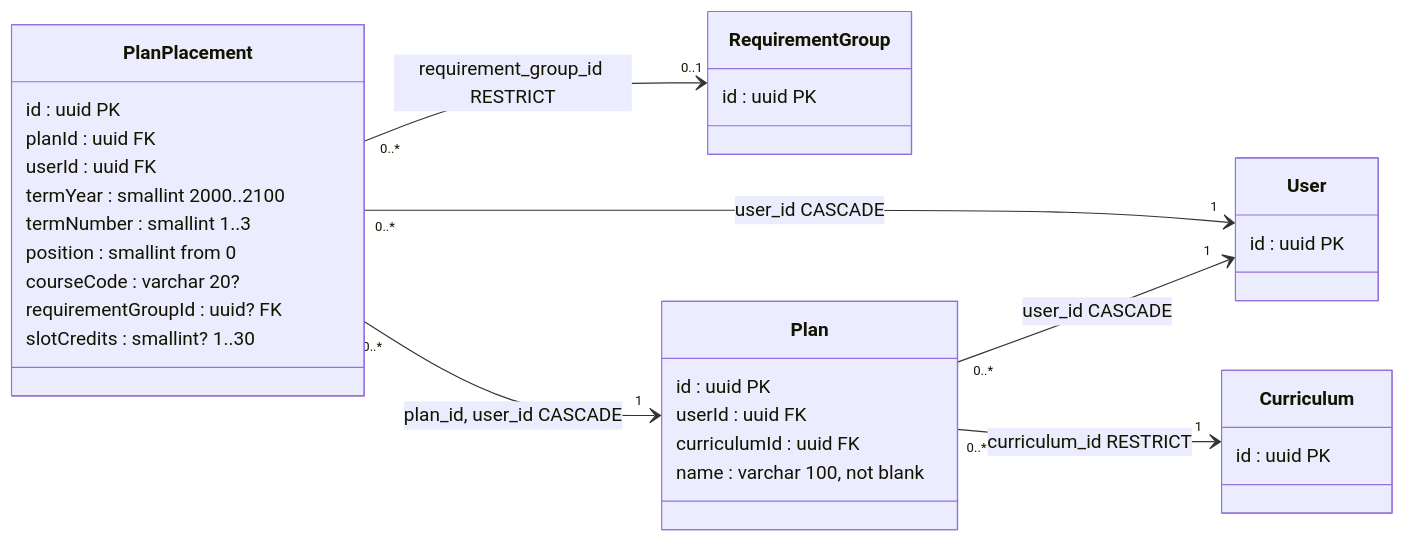
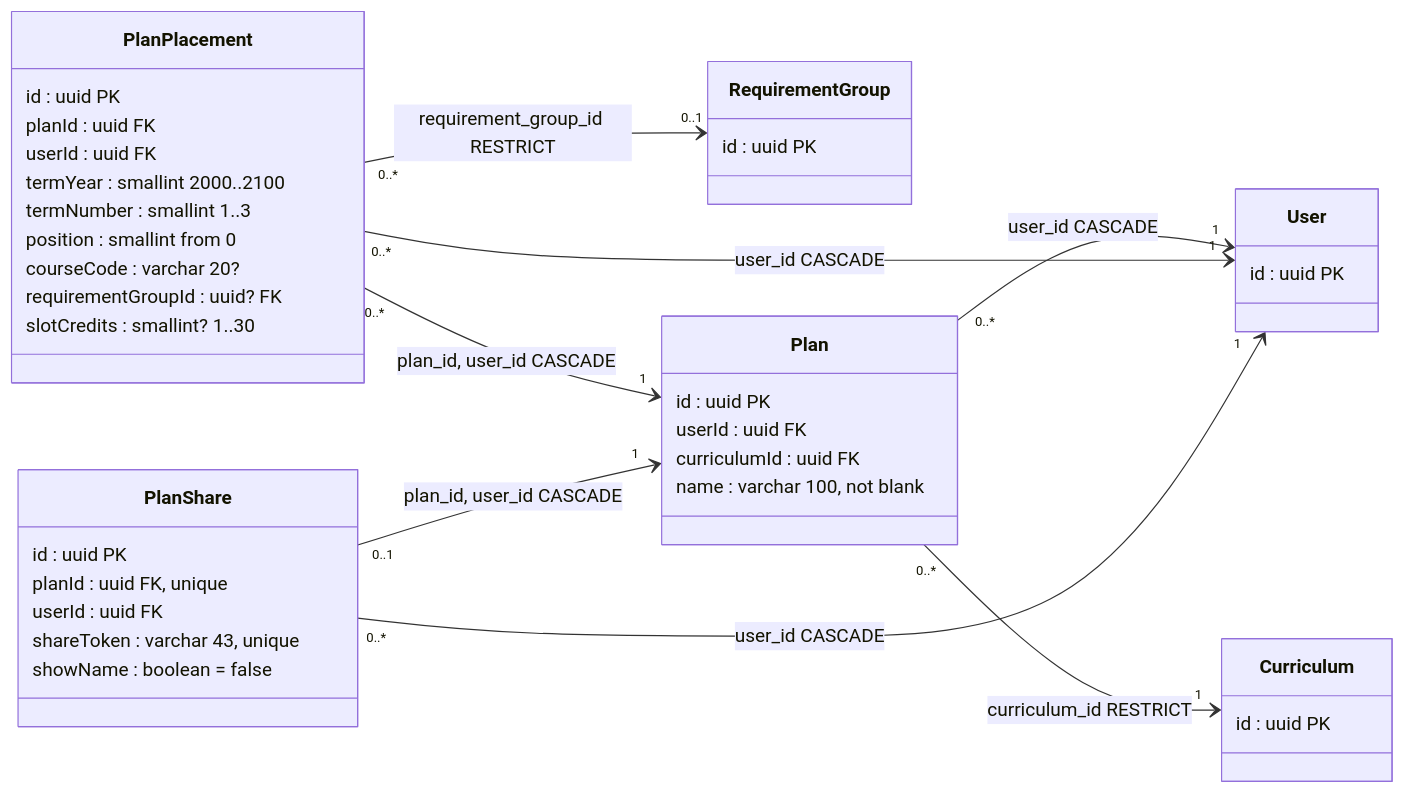
Before and after one commit to LLaammTTeerr/omnicourses: the fourth of 15 diagrams in docs/analysis-and-design/class-model.md, drawn with Mermaid. The commit also changed other lines of this file and 5 other files, not shown here.

````diff
--- a/docs/analysis-and-design/class-model.md
+++ b/docs/analysis-and-design/class-model.md
@@ -242,35 +242,44 @@
 ```mermaid
 classDiagram
     direction LR
     class User {
         id : uuid PK
     }
     class Curriculum {
         id : uuid PK
     }
     class RequirementGroup {
         id : uuid PK
     }
     class Plan {
         id : uuid PK
         userId : uuid FK
         curriculumId : uuid FK
         name : varchar 100, not blank
     }
     class PlanPlacement {
         id : uuid PK
         planId : uuid FK
         userId : uuid FK
         termYear : smallint 2000..2100
         termNumber : smallint 1..3
         position : smallint from 0
         courseCode : varchar 20?
         requirementGroupId : uuid? FK
         slotCredits : smallint? 1..30
     }
+    class PlanShare {
+        id : uuid PK
+        planId : uuid FK, unique
+        userId : uuid FK
+        shareToken : varchar 43, unique
+        showName : boolean = false
+    }
     Plan "0..*" --> "1" User : user_id CASCADE
     Plan "0..*" --> "1" Curriculum : curriculum_id RESTRICT
     PlanPlacement "0..*" --> "1" Plan : plan_id, user_id CASCADE
     PlanPlacement "0..*" --> "1" User : user_id CASCADE
     PlanPlacement "0..*" --> "0..1" RequirementGroup : requirement_group_id RESTRICT
+    PlanShare "0..1" --> "1" Plan : plan_id, user_id CASCADE
+    PlanShare "0..*" --> "1" User : user_id CASCADE
 ```
````
